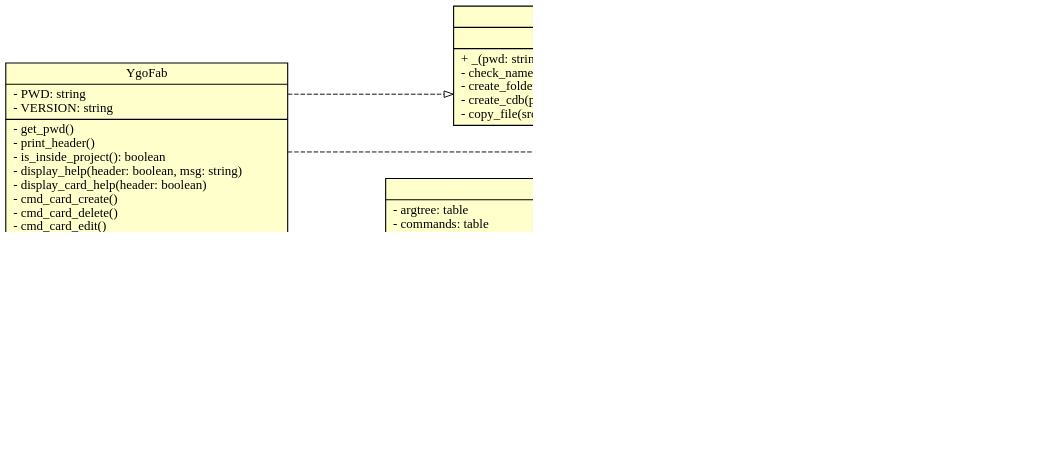
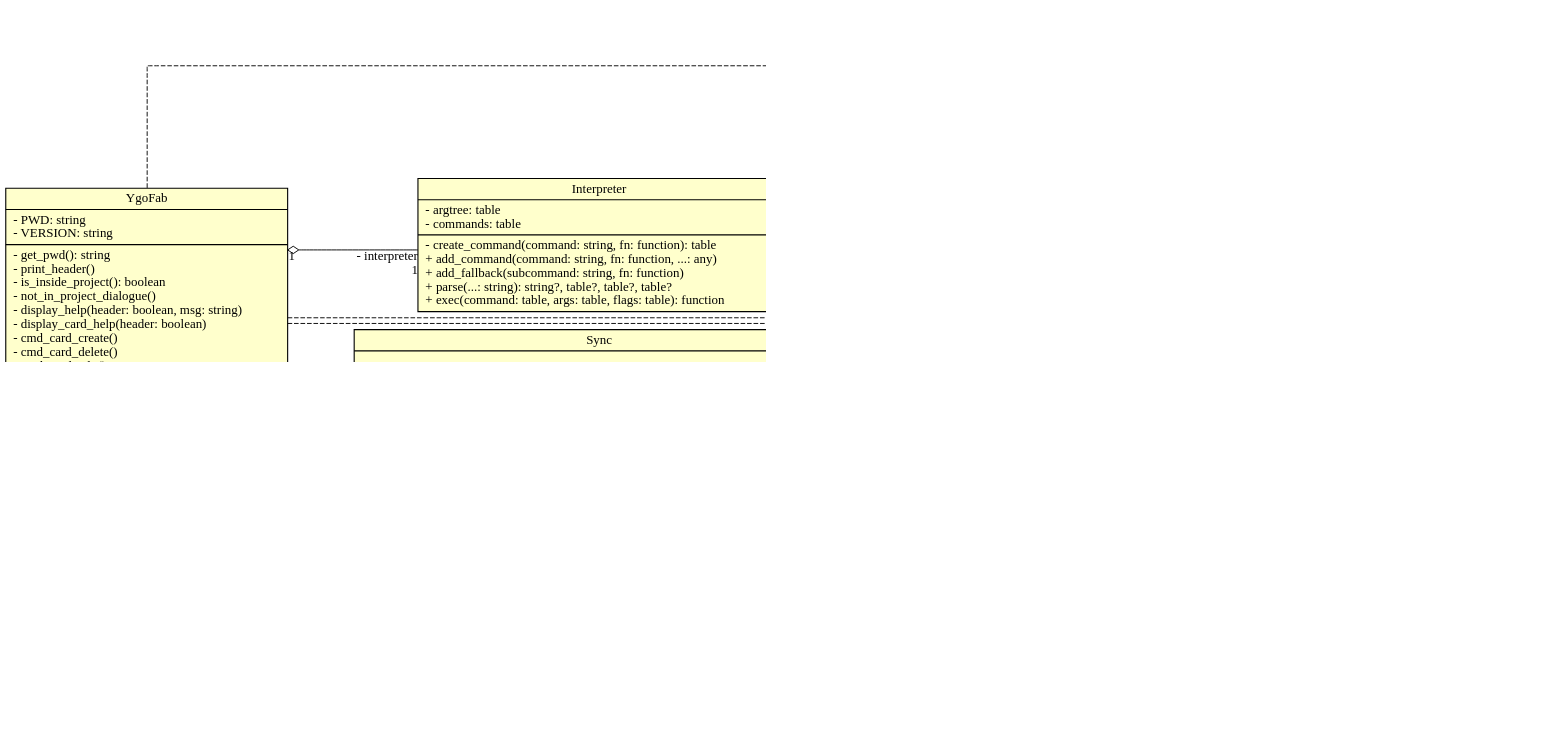
The diagram in docs/class-diagram.dot (piface314/ygo-fabrica), drawn with Graphviz before and after one commit. The commit also changed 6 other files, not shown here.

Commit message:
Updated diagrams

```diff
--- a/docs/class-diagram.dot
+++ b/docs/class-diagram.dot
@@ -1,104 +1,160 @@
 digraph {
   dpi = 150
   splines = ortho
   fontname = "mono"
   rankdir = "LR"
   ranksep = 1
   edge [fontname = "Ubuntu Mono", dir="both"]
   node [
     shape = record,
     fontname = "Ubuntu Mono",
     style = filled,
     fillcolor = "#ffffcc",
     penwidth = 1.2
   ]
   ygofab [label=" YgoFab |
 - PWD: string\l
 - VERSION: string\l
   |
-- get_pwd()\l
+- get_pwd(): string\l
 - print_header()\l
 - is_inside_project(): boolean\l
+- not_in_project_dialogue()\l
 - display_help(header: boolean, msg: string)\l
 - display_card_help(header: boolean)\l
 - cmd_card_create()\l
 - cmd_card_delete()\l
 - cmd_card_edit()\l
 - cmd_card_search()\l
 - cmd_compose()\l
 - cmd_config()\l
-- cmd_export()\l
+- cmd_export(flags: table)\l
 - cmd_new(_, pack_name: string)\l
-- cmd_sync()\l
+- cmd_sync(flags: table)\l
 - init_interpreter()\l
   "]
-  new [label=" New | |
+  new [label=" New |
+- GENFP: string
+|
 + _(pwd: string, pack_name: string)\l
 - check_name(pack_name: string)\l
 - create_folder(folder: string)\l
 - create_cdb(pack_name: string)\l
 - copy_file(src: string, dst: string)\l
   }"]
   logs [label="{ Logs | |
 + assert(v: any, code: number, ...: string)\l
 + ok(...: string)\l
 + info(...: string)\l
   "]
   interpreter [label=" Interpreter |
 - argtree: table\l
 - commands: table\l
   |
 - create_command(command: string, fn: function): table\l
 + add_command(command: string, fn: function, ...: any)\l
 + add_fallback(subcommand: string, fn: function)\l
 + parse(...: string): string?, table?, table?, table?\l
 + exec(command: table, args: table, flags: table): function\l
   "]
   logs [label=" Logs | |
 + assert(v: any, code: number, ...: string)\l
 + ok(...: string)\l
 + info(...: string)\l
   "]
   config [label=" Config |
 - FIELDS: table\l
   |
-+ _(pwd: string, is_inside_project: boolean)\l
-+ get(pwd: string, is_inside_project: boolean): table\l
++ _(pwd: string)\l
++ get(pwd: string): table\l
++ merge(dst: table, src: table)\l
 - validate(cfg: table, fields?: table): table\l
 - load_file(path: string): table\l
-- merge(dst: table, src: table)\l
-- format_list(cfg: table, key: string, title: string, fmt: function): string\l
+- format_list(cfg: table, title: string, fmt: function): string\l
 - format(cfg: table): string\l
+  "]
+  sync [label=" Sync | |
++ _(pwd: string, flags: table)\l
+- get_gamedir(local_cfg: table, global_cfg: table, flag_g: table): string[][]\l
+- get_picset(local_cfg: table, global_cfg: table, flag_p: table): string, table\l
+- clean(dir: string, names: string[])\l
+- cp(src: string, dst: string): number\l
+- copy_dir(pattern: string, src: string, dst: string, fclean: boolean, tags: string[])\l
+- copy_scripts(gamedir: string[], fclean: boolean)\l
+- copy_pics(gamedir: string[], picset: string, pscfg: table, fclean: boolean)\l
+- copy_expansion(gamedir: string[])\l
+  "]
+  export [label=" Export | |
++ _(pwd: string, flags: table)\l
+- get_picsets(local_cfg: table, global_cfg: table, flag_p: table): table\l
+- get_outdir(flag_o: table): string\l
+- get_output(outdir: string, pack_name: string, picset: table): string, string\l
+- create_zip(fp: string): ZipStream\l
+- reader(fp: string, istext: boolean): table, function\l
+- add_dir(pattern: string, zipfile: ZipStream, zipdir: string, tag: string)\l
+- add_scripts(zipname: string, zipfile: ZipStream)\l
+- add_pics(zipname: string, zipfile: ZipStream, picset: table)\l
+- add_expansion(zipname: string, zipfile: ZipStream, pack_name: string)\l
   "]
   ygofab -> interpreter [
     taillabel="1"
     headlabel="- interpreter\r1\r"
     arrowtail="odiamond"
     arrowhead="none"
   ]
   ygofab -> logs [
     style = "dashed"
     arrowhead = "empty"
     arrowtail = "none"
   ]
   new -> logs [
     style = "dashed"
     arrowhead = "empty"
     arrowtail = "none"
   ]
   config -> logs [
     style = "dashed"
     arrowhead = "empty"
     arrowtail = "none"
   ]
   ygofab -> new [
     style = "dashed"
     arrowhead = "empty"
     arrowtail = "none"
   ]
   ygofab -> config [
     style = "dashed"
     arrowhead = "empty"
     arrowtail = "none"
   ]
+  ygofab -> sync [
+    style = "dashed"
+    arrowhead = "empty"
+    arrowtail = "none"
+  ]
+  ygofab -> export [
+    style = "dashed"
+    arrowhead = "empty"
+    arrowtail = "none"
+  ]
+  sync -> config [
+    style = "dashed"
+    arrowhead = "empty"
+    arrowtail = "none"
+  ]
+  sync -> logs [
+    style = "dashed"
+    arrowhead = "empty"
+    arrowtail = "none"
+  ]
+  export -> config [
+    style = "dashed"
+    arrowhead = "empty"
+    arrowtail = "none"
+  ]
+  export -> logs [
+    style = "dashed"
+    arrowhead = "empty"
+    arrowtail = "none"
+  ]
 }
```
